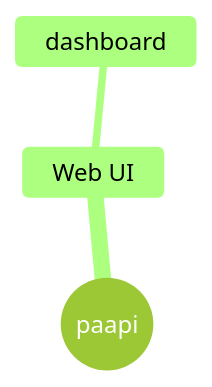
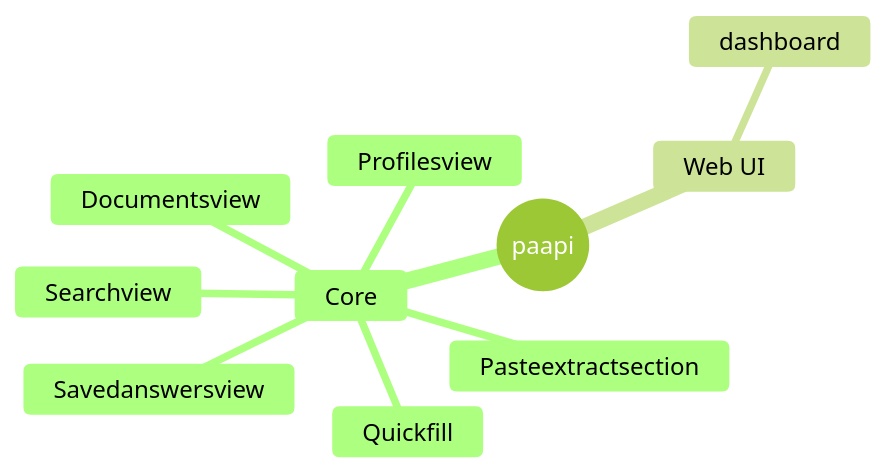
Before and after one commit to Punyamittal/paapi: the fourth of 4 diagrams in README.md, drawn with Mermaid (forest theme). The commit also changed other lines of this file, not shown here.

````diff
--- a/README.md
+++ b/README.md
@@ -264,6 +243,13 @@
 ```mermaid
 mindmap
   root((paapi))
+    Core
+      Documentsview
+      Pasteextractsection
+      Profilesview
+      Quickfill
+      Savedanswersview
+      Searchview
     Web UI
       dashboard
 ```
````
